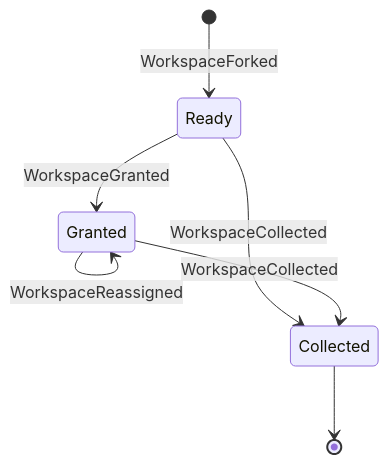
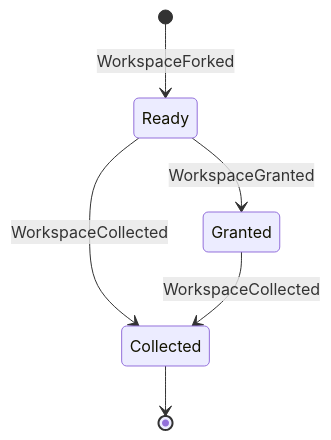
One commit to bimsonz/keel changed diagram 12 of 12 in docs/domain/state-machines.md. Above: the diagram before and after it, drawn with Mermaid. The commit also changed other lines of this file and 67 other files, not shown here.

````diff
--- a/docs/domain/state-machines.md
+++ b/docs/domain/state-machines.md
@@ -592,9 +570,8 @@
 ```mermaid
 stateDiagram-v2
   [*] --> Ready: WorkspaceForked
   Ready --> Granted: WorkspaceGranted
   Ready --> Collected: WorkspaceCollected
-  Granted --> Granted: WorkspaceReassigned
   Granted --> Collected: WorkspaceCollected
   Collected --> [*]
 ```
````
